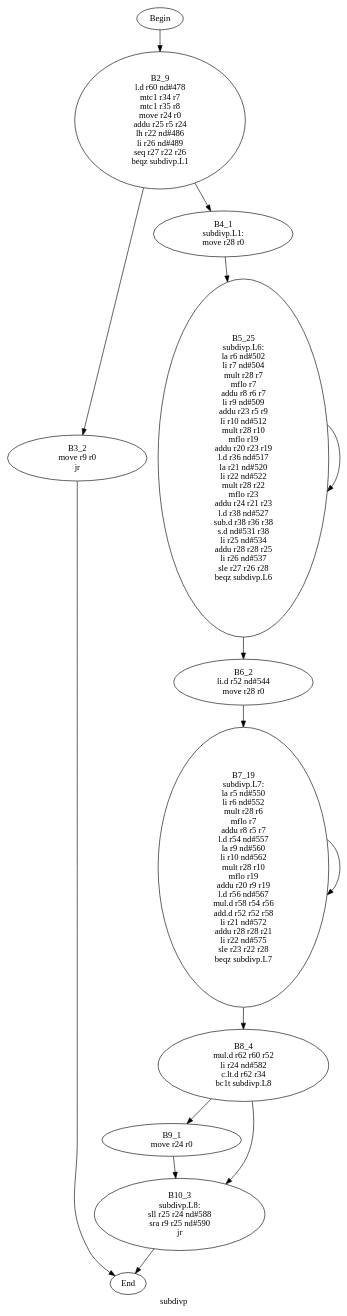
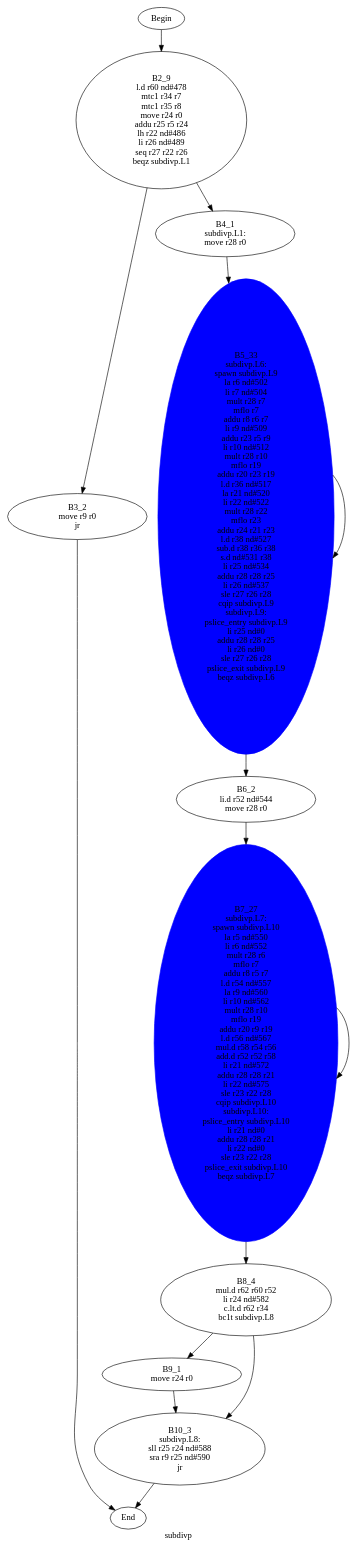
Before and after one commit to qixianbd/partition_wqm_new_one: the diagram in testcase/dot_file/subdivp_after.dot, drawn with Graphviz. The commit also changed 1044 other files, not shown here.

```diff
--- a/testcase/dot_file/subdivp_after.dot
+++ b/testcase/dot_file/subdivp_after.dot
@@ -1,26 +1,28 @@
 digraph G{
 	label = "subdivp"	style = "dashed";
 	color = purple;
 	Node0 [label = "Begin"];
 	Node0 -> {Node2 }
 	Node1 [label = "End"];
 	Node1 -> {}
 	Node2 [label = "B2_9\nl.d	r60	nd#478	\nmtc1	r34	r7	\nmtc1	r35	r8	\nmove	r24	r0	\naddu	r25	r5	r24	\nlh	r22	nd#486	\nli	r26	nd#489	\nseq	r27	r22	r26	\nbeqz	subdivp.L1\n"];
 	Node2 -> {Node3 Node4 }
 	Node3 [label = "B3_2\nmove	r9	r0	\njr	\n"];
 	Node3 -> {Node1 }
 	Node4 [label = "B4_1\nsubdivp.L1:\nmove	r28	r0	\n"];
 	Node4 -> {Node5 }
-	Node5 [label = "B5_25\nsubdivp.L6:\nla	r6	nd#502	\nli	r7	nd#504	\nmult	r28	r7	\nmflo	r7	\naddu	r8	r6	r7	\nli	r9	nd#509	\naddu	r23	r5	r9	\nli	r10	nd#512	\nmult	r28	r10	\nmflo	r19	\naddu	r20	r23	r19	\nl.d	r36	nd#517	\nla	r21	nd#520	\nli	r22	nd#522	\nmult	r28	r22	\nmflo	r23	\naddu	r24	r21	r23	\nl.d	r38	nd#527	\nsub.d	r38	r36	r38	\ns.d	nd#531	r38	\nli	r25	nd#534	\naddu	r28	r28	r25	\nli	r26	nd#537	\nsle	r27	r26	r28	\nbeqz	subdivp.L6\n"];
+	Node5 [label = "B5_33\nsubdivp.L6:\nspawn	subdivp.L9\nla	r6	nd#502	\nli	r7	nd#504	\nmult	r28	r7	\nmflo	r7	\naddu	r8	r6	r7	\nli	r9	nd#509	\naddu	r23	r5	r9	\nli	r10	nd#512	\nmult	r28	r10	\nmflo	r19	\naddu	r20	r23	r19	\nl.d	r36	nd#517	\nla	r21	nd#520	\nli	r22	nd#522	\nmult	r28	r22	\nmflo	r23	\naddu	r24	r21	r23	\nl.d	r38	nd#527	\nsub.d	r38	r36	r38	\ns.d	nd#531	r38	\nli	r25	nd#534	\naddu	r28	r28	r25	\nli	r26	nd#537	\nsle	r27	r26	r28	\ncqip	subdivp.L9\nsubdivp.L9:\npslice_entry	subdivp.L9\nli	r25	nd#0	\naddu	r28	r28	r25	\nli	r26	nd#0	\nsle	r27	r26	r28	\npslice_exit	subdivp.L9\nbeqz	subdivp.L6\n"];
 	Node5 -> {Node6 Node5 }
 	Node6 [label = "B6_2\nli.d	r52	nd#544	\nmove	r28	r0	\n"];
 	Node6 -> {Node7 }
-	Node7 [label = "B7_19\nsubdivp.L7:\nla	r5	nd#550	\nli	r6	nd#552	\nmult	r28	r6	\nmflo	r7	\naddu	r8	r5	r7	\nl.d	r54	nd#557	\nla	r9	nd#560	\nli	r10	nd#562	\nmult	r28	r10	\nmflo	r19	\naddu	r20	r9	r19	\nl.d	r56	nd#567	\nmul.d	r58	r54	r56	\nadd.d	r52	r52	r58	\nli	r21	nd#572	\naddu	r28	r28	r21	\nli	r22	nd#575	\nsle	r23	r22	r28	\nbeqz	subdivp.L7\n"];
+	Node7 [label = "B7_27\nsubdivp.L7:\nspawn	subdivp.L10\nla	r5	nd#550	\nli	r6	nd#552	\nmult	r28	r6	\nmflo	r7	\naddu	r8	r5	r7	\nl.d	r54	nd#557	\nla	r9	nd#560	\nli	r10	nd#562	\nmult	r28	r10	\nmflo	r19	\naddu	r20	r9	r19	\nl.d	r56	nd#567	\nmul.d	r58	r54	r56	\nadd.d	r52	r52	r58	\nli	r21	nd#572	\naddu	r28	r28	r21	\nli	r22	nd#575	\nsle	r23	r22	r28	\ncqip	subdivp.L10\nsubdivp.L10:\npslice_entry	subdivp.L10\nli	r21	nd#0	\naddu	r28	r28	r21	\nli	r22	nd#0	\nsle	r23	r22	r28	\npslice_exit	subdivp.L10\nbeqz	subdivp.L7\n"];
 	Node7 -> {Node8 Node7 }
 	Node8 [label = "B8_4\nmul.d	r62	r60	r52	\nli	r24	nd#582	\nc.lt.d	r62	r34	\nbc1t	subdivp.L8\n"];
 	Node8 -> {Node9 Node10 }
 	Node9 [label = "B9_1\nmove	r24	r0	\n"];
 	Node9 -> {Node10 }
 	Node10 [label = "B10_3\nsubdivp.L8:\nsll	r25	r24	nd#588	\nsra	r9	r25	nd#590	\njr	\n"];
 	Node10 -> {Node1 }
+	Node5 [shape = ellipse ,style=filled ,color=blue];
+	Node7 [shape = ellipse ,style=filled ,color=blue];
 }
```
